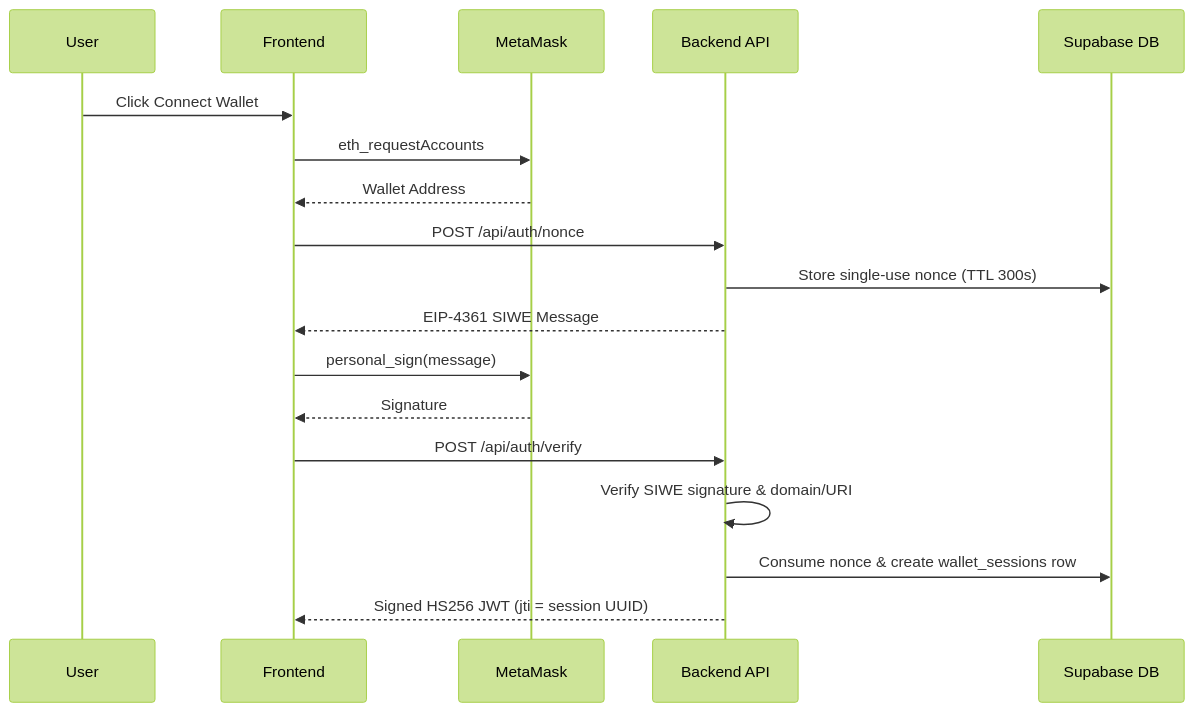
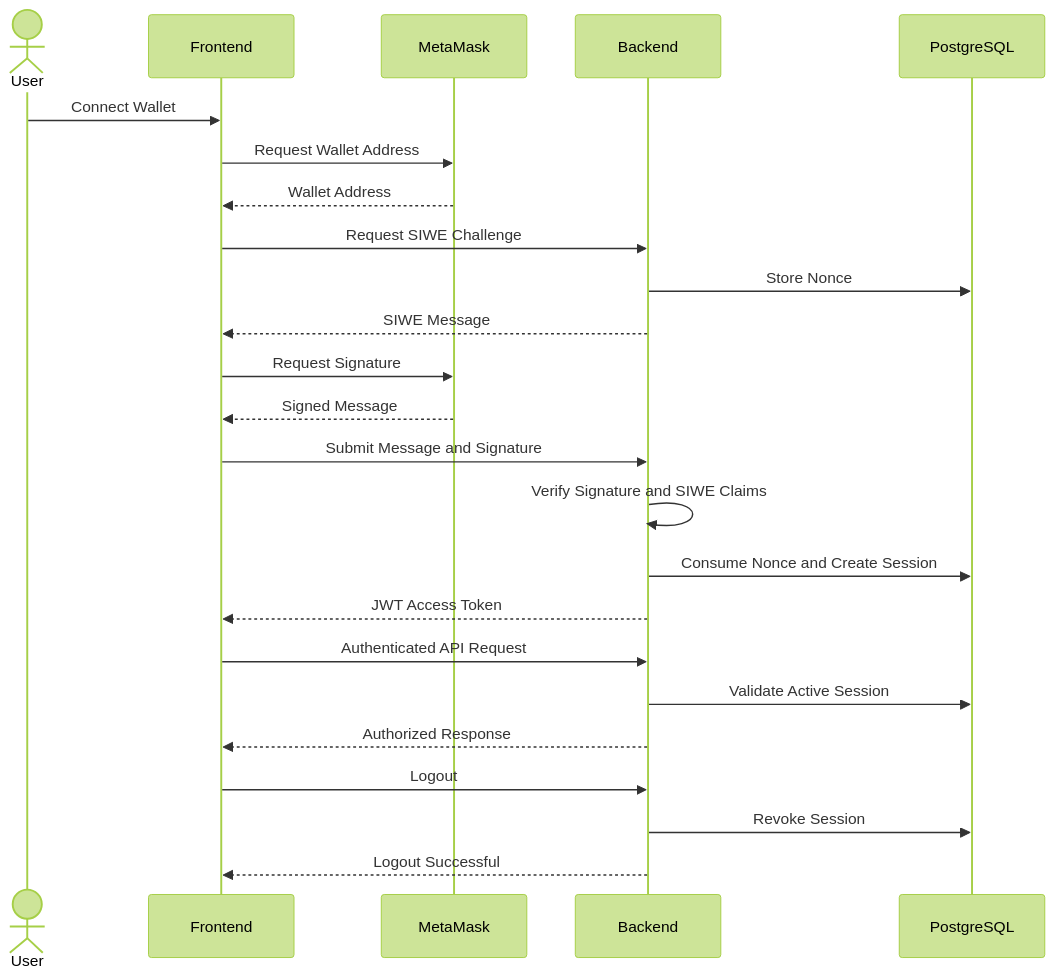
One commit to Sidhant322129/eth-wallet-dapp changed the second of 4 diagrams in README.md. Above: the diagram before and after it, drawn with Mermaid (forest theme). The commit also changed other lines of this file, not shown here.

````diff
--- a/README.md
+++ b/README.md
@@ -74,21 +194,32 @@
 ```mermaid
 sequenceDiagram
-    participant U as User
+    actor User
     participant F as Frontend
     participant M as MetaMask
-    participant B as Backend API
-    participant D as Supabase DB
+    participant B as Backend
+    participant D as PostgreSQL
 
-    U->>F: Click Connect Wallet
-    F->>M: eth_requestAccounts
+    User->>F: Connect Wallet
+    F->>M: Request Wallet Address
     M-->>F: Wallet Address
-    F->>B: POST /api/auth/nonce
-    B->>D: Store single-use nonce (TTL 300s)
-    B-->>F: EIP-4361 SIWE Message
-    F->>M: personal_sign(message)
-    M-->>F: Signature
-    F->>B: POST /api/auth/verify
-    B->>B: Verify SIWE signature & domain/URI
-    B->>D: Consume nonce & create wallet_sessions row
-    B-->>F: Signed HS256 JWT (jti = session UUID)
+
+    F->>B: Request SIWE Challenge
+    B->>D: Store Nonce
+    B-->>F: SIWE Message
+
+    F->>M: Request Signature
+    M-->>F: Signed Message
+
+    F->>B: Submit Message and Signature
+    B->>B: Verify Signature and SIWE Claims
+    B->>D: Consume Nonce and Create Session
+    B-->>F: JWT Access Token
+
+    F->>B: Authenticated API Request
+    B->>D: Validate Active Session
+    B-->>F: Authorized Response
+
+    F->>B: Logout
+    B->>D: Revoke Session
+    B-->>F: Logout Successful
 ```
````
